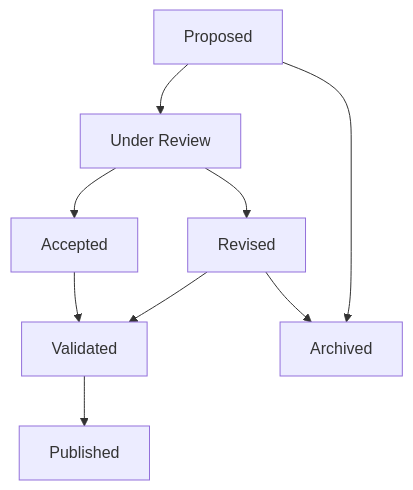
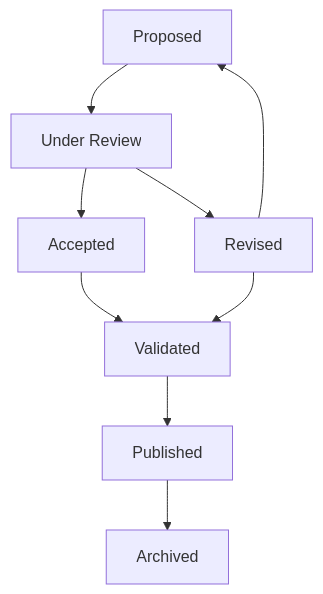
The diagram in drafts/WORKFLOW.md (burespe1/semantic-dictionary), drawn with Mermaid before and after one commit.

````diff
--- a/drafts/WORKFLOW.md
+++ b/drafts/WORKFLOW.md
@@ -103,11 +103,11 @@
 ```mermaid
 graph TD
   A[Proposed] --> B[Under Review]
   B --> C[Accepted]
   B --> D[Revised]
+  D --> A
   C --> E[Validated]
   D --> E
   E --> F[Published]
-  A --> G[Archived]
-  D --> G
+  F --> G[Archived]
 ```
````
